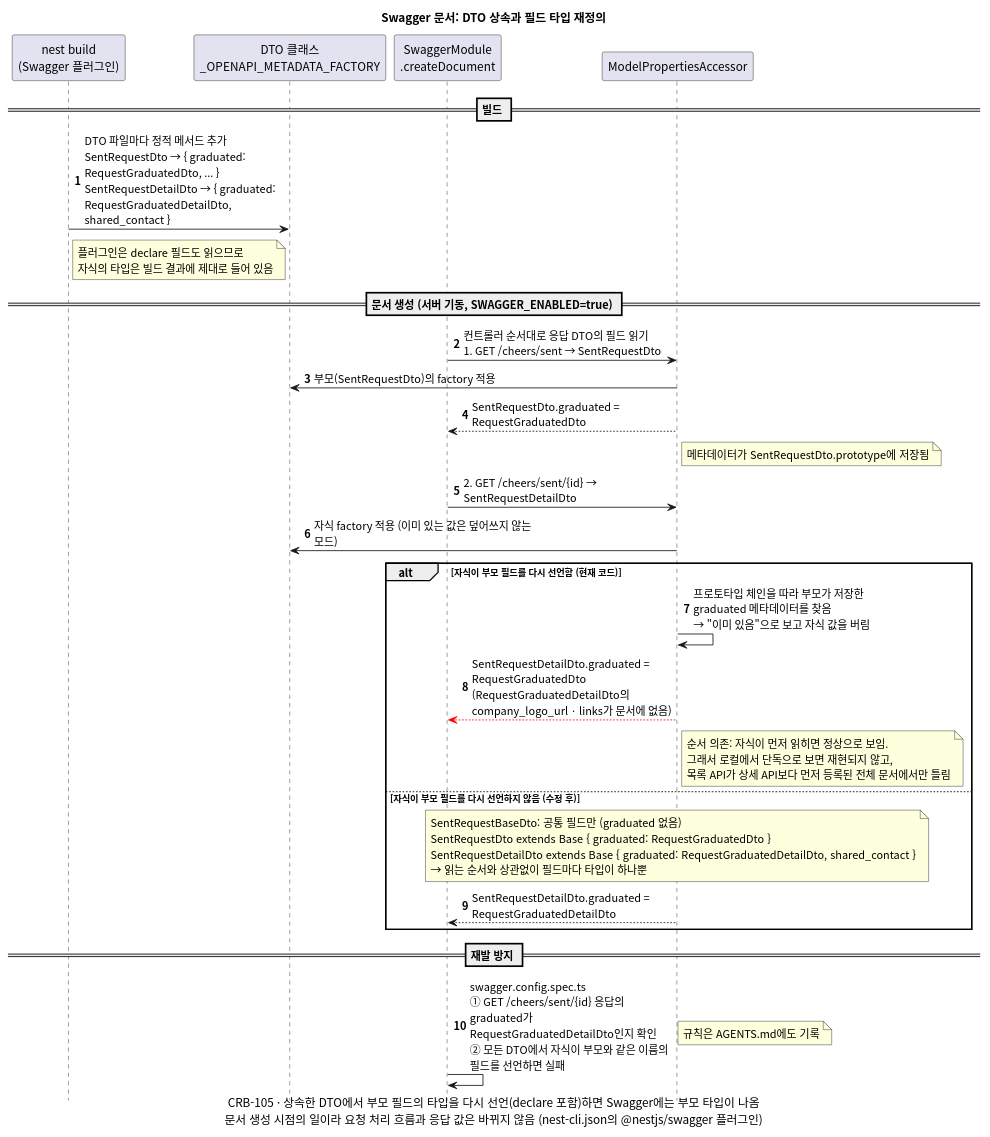
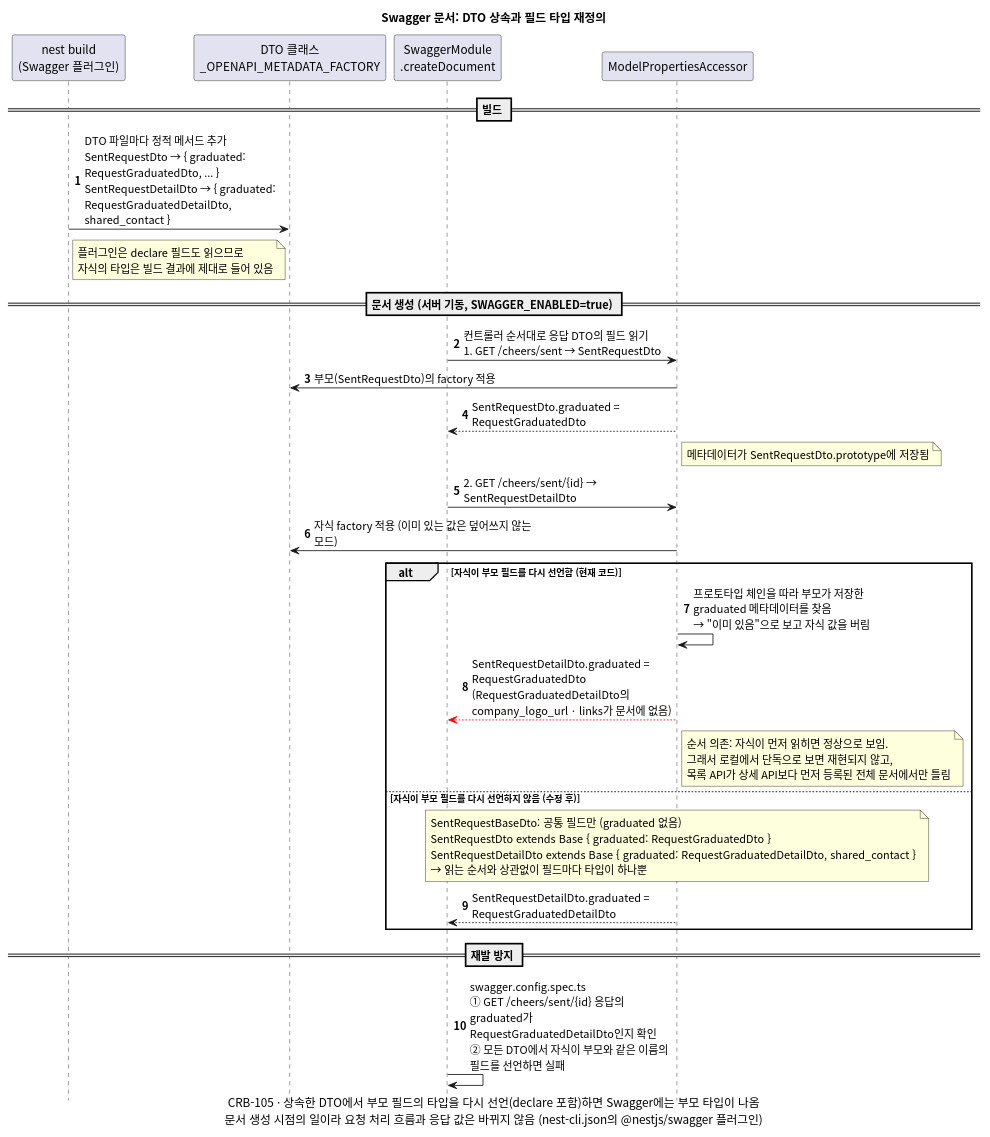
One commit to gsainfoteam/cheers-be changed the diagram in docs/sequence/flow/swagger-dto-inheritance.puml. Above: the diagram before and after it, drawn with PlantUML. The commit also changed 2 other files, not shown here.

Commit message:
- chore: remove AGENTS.md from CRB-105 (kept locally as AGENTS.local.md)

```diff
--- a/docs/sequence/flow/swagger-dto-inheritance.puml
+++ b/docs/sequence/flow/swagger-dto-inheritance.puml
@@ -1,56 +1,55 @@
 @startuml swagger-dto-inheritance
 skinparam defaultFontName "Apple SD Gothic Neo", "Noto Sans CJK KR", sans-serif
 skinparam responseMessageBelowArrow true
 skinparam sequenceMessageAlign left
 skinparam maxMessageSize 260
 skinparam BoxPadding 8
 skinparam shadowing false
 autonumber
 hide footbox
 
 title Swagger 문서: DTO 상속과 필드 타입 재정의
 caption CRB-105 · 상속한 DTO에서 부모 필드의 타입을 다시 선언(declare 포함)하면 Swagger에는 부모 타입이 나옴\n문서 생성 시점의 일이라 요청 처리 흐름과 응답 값은 바뀌지 않음 (nest-cli.json의 @nestjs/swagger 플러그인)
 
 participant "nest build\n(Swagger 플러그인)" as Plugin
 participant "DTO 클래스\n_OPENAPI_METADATA_FACTORY" as Dto
 participant "SwaggerModule\n.createDocument" as Swagger
 participant "ModelPropertiesAccessor" as Accessor
 
 == 빌드 ==
 Plugin -> Dto: DTO 파일마다 정적 메서드 추가\nSentRequestDto → { graduated: RequestGraduatedDto, ... }\nSentRequestDetailDto → { graduated: RequestGraduatedDetailDto, shared_contact }
 note right of Plugin
   플러그인은 declare 필드도 읽으므로
   자식의 타입은 빌드 결과에 제대로 들어 있음
 end note
 
 == 문서 생성 (서버 기동, SWAGGER_ENABLED=true) ==
 Swagger -> Accessor: 컨트롤러 순서대로 응답 DTO의 필드 읽기\n1. GET /cheers/sent → SentRequestDto
 Accessor -> Dto: 부모(SentRequestDto)의 factory 적용
 Accessor --> Swagger: SentRequestDto.graduated = RequestGraduatedDto
 note right of Accessor: 메타데이터가 SentRequestDto.prototype에 저장됨
 
 Swagger -> Accessor: 2. GET /cheers/sent/{id} → SentRequestDetailDto
 Accessor -> Dto: 자식 factory 적용 (이미 있는 값은 덮어쓰지 않는 모드)
 alt 자식이 부모 필드를 다시 선언함 (현재 코드)
   Accessor -> Accessor: 프로토타입 체인을 따라 부모가 저장한 graduated 메타데이터를 찾음\n→ "이미 있음"으로 보고 자식 값을 버림
   Accessor -[#red]-> Swagger: SentRequestDetailDto.graduated = RequestGraduatedDto\n(RequestGraduatedDetailDto의 company_logo_url · links가 문서에 없음)
   note right of Accessor
     순서 의존: 자식이 먼저 읽히면 정상으로 보임.
     그래서 로컬에서 단독으로 보면 재현되지 않고,
     목록 API가 상세 API보다 먼저 등록된 전체 문서에서만 틀림
   end note
 else 자식이 부모 필드를 다시 선언하지 않음 (수정 후)
   note over Accessor
     SentRequestBaseDto: 공통 필드만 (graduated 없음)
     SentRequestDto extends Base { graduated: RequestGraduatedDto }
     SentRequestDetailDto extends Base { graduated: RequestGraduatedDetailDto, shared_contact }
     → 읽는 순서와 상관없이 필드마다 타입이 하나뿐
   end note
   Accessor --> Swagger: SentRequestDetailDto.graduated = RequestGraduatedDetailDto
 end
 
 == 재발 방지 ==
 Swagger -> Swagger: swagger.config.spec.ts\n① GET /cheers/sent/{id} 응답의 graduated가 RequestGraduatedDetailDto인지 확인\n② 모든 DTO에서 자식이 부모와 같은 이름의 필드를 선언하면 실패
-note right: 규칙은 AGENTS.md에도 기록
 
 @enduml
```
